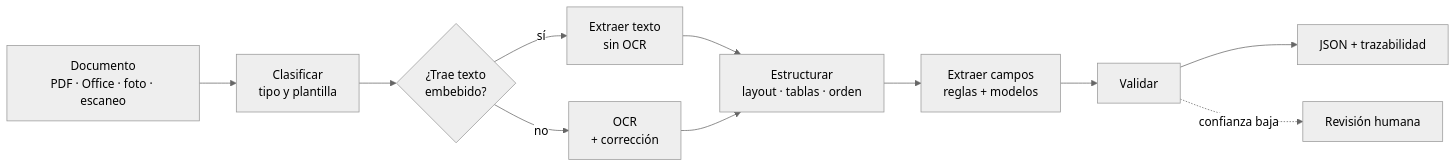
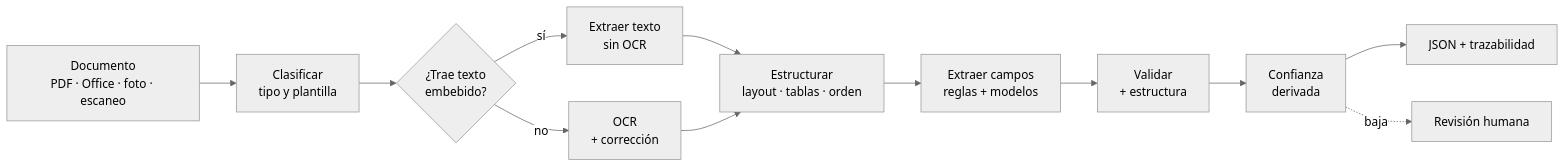
Before and after one commit to mariogarcia-ar/docflow: the first of 4 diagrams in README.md, drawn with Mermaid (neutral theme). The commit also changed other lines of this file, not shown here.

````diff
--- a/README.md
+++ b/README.md
@@ -9,13 +9,14 @@
 ```mermaid
 graph LR
     A["Documento<br/>PDF · Office · foto · escaneo"] --> B["Clasificar<br/>tipo y plantilla"]
     B --> C{"¿Trae texto<br/>embebido?"}
     C -->|sí| D["Extraer texto<br/>sin OCR"]
     C -->|no| E["OCR<br/>+ corrección"]
     D --> F["Estructurar<br/>layout · tablas · orden"]
     E --> F
     F --> G["Extraer campos<br/>reglas + modelos"]
-    G --> H["Validar"]
-    H --> I["JSON + trazabilidad"]
-    H -.confianza baja.-> J["Revisión humana"]
+    G --> H["Validar<br/>+ estructura"]
+    H --> I["Confianza<br/>derivada"]
+    I --> J["JSON + trazabilidad"]
+    I -.baja.-> K["Revisión humana"]
 ```
````
